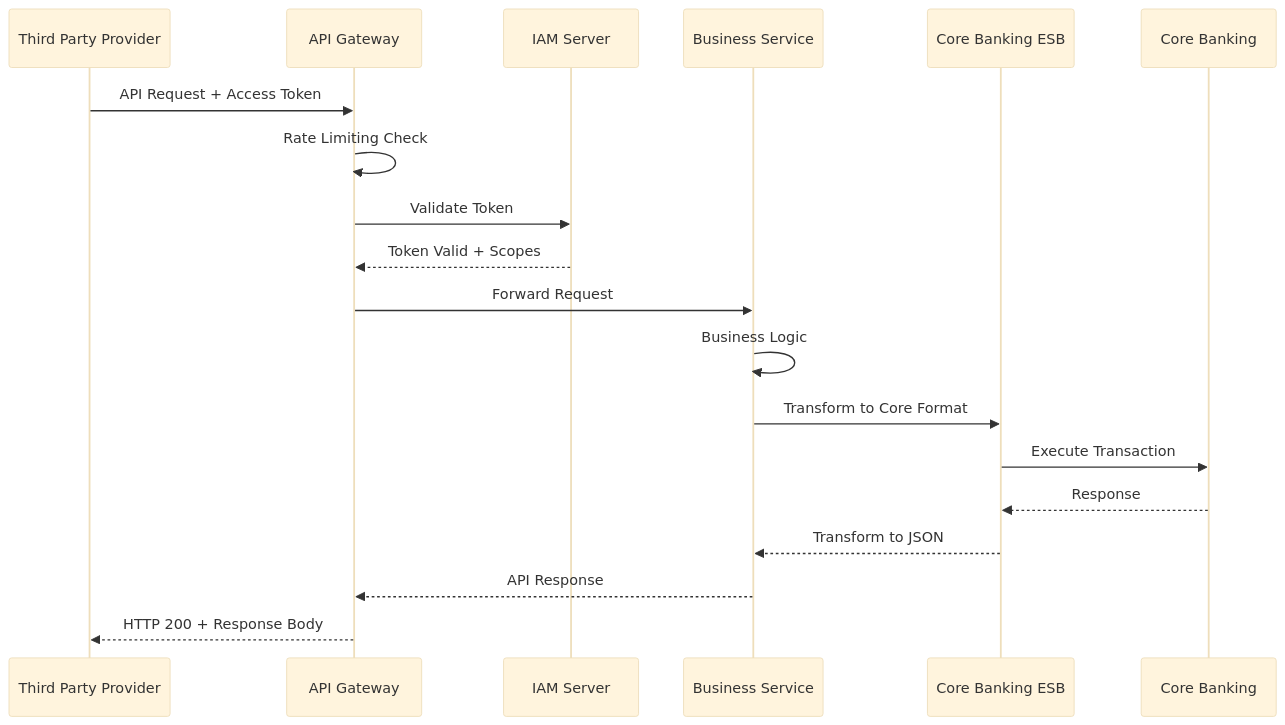
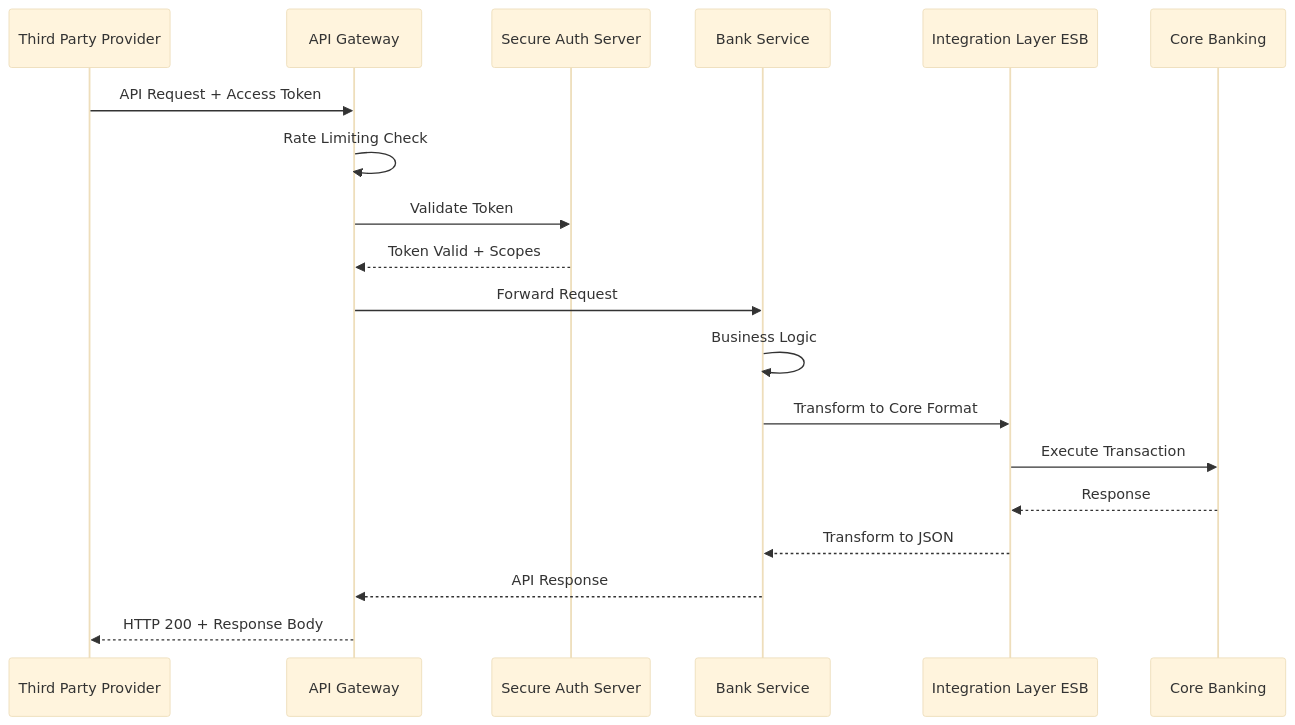
One commit to huuhoait/openbanking-vn-specs changed the second of 2 diagrams in 01-Kien-truc-he-thong.md. Above: the diagram before and after it, drawn with Mermaid (base theme).

````diff
--- a/01-Kien-truc-he-thong.md
+++ b/01-Kien-truc-he-thong.md
@@ -154,22 +154,22 @@
 ```mermaid
 sequenceDiagram
     participant TPP as Third Party Provider
     participant APIGW as API Gateway
-    participant IAM as IAM Server
-    participant Service as Business Service
-    participant ESB as Core Banking ESB
+    participant IAM as Secure Auth Server
+    participant Service as Bank Service 
+    participant ESB as Integration Layer ESB
     participant Core as Core Banking
     
     TPP->>APIGW: API Request + Access Token
     APIGW->>APIGW: Rate Limiting Check
     APIGW->>IAM: Validate Token
     IAM-->>APIGW: Token Valid + Scopes
     APIGW->>Service: Forward Request
     Service->>Service: Business Logic
     Service->>ESB: Transform to Core Format
     ESB->>Core: Execute Transaction
     Core-->>ESB: Response
     ESB-->>Service: Transform to JSON
     Service-->>APIGW: API Response
     APIGW-->>TPP: HTTP 200 + Response Body
 ```
````
